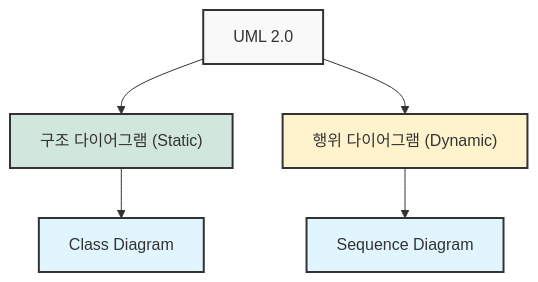
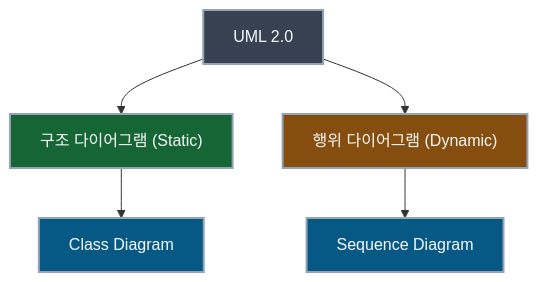
One commit to Kang-Hyesung/kang-hyesung.github.io changed the first of 3 diagrams in _posts/etc/2026-01-04-uml.md. Above: the diagram before and after it, drawn with Mermaid. The commit also changed 74 other files, not shown here.

Commit message:
docs: update post visibility and mermaid colors

````diff
--- a/_posts/etc/2026-01-04-uml.md
+++ b/_posts/etc/2026-01-04-uml.md
@@ -19,15 +19,15 @@
 ```mermaid
 graph TD
     UML["UML 2.0"] --> Structure["구조 다이어그램 (Static)"]
     UML --> Behavior["행위 다이어그램 (Dynamic)"]
     
     Structure --> ClassDia["Class Diagram"]
     Behavior --> SeqDia["Sequence Diagram"]
 
-    style UML fill:#f9f9f9,stroke:#333,stroke-width:2px
-    style Structure fill:#d1e7dd,stroke:#333,stroke-width:2px
-    style Behavior fill:#fff3cd,stroke:#333,stroke-width:2px
-    style ClassDia fill:#e1f5fe,stroke:#333,stroke-width:2px
-    style SeqDia fill:#e1f5fe,stroke:#333,stroke-width:2px
+    style UML fill:#374151,stroke:#94a3b8,stroke-width:2px,color:#f8fafc
+    style Structure fill:#166534,stroke:#94a3b8,stroke-width:2px,color:#f8fafc
+    style Behavior fill:#854d0e,stroke:#94a3b8,stroke-width:2px,color:#f8fafc
+    style ClassDia fill:#075985,stroke:#94a3b8,stroke-width:2px,color:#f8fafc
+    style SeqDia fill:#075985,stroke:#94a3b8,stroke-width:2px,color:#f8fafc
 
 ```
````
